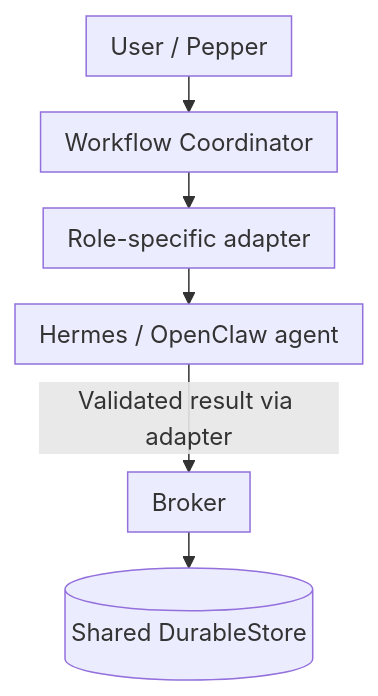
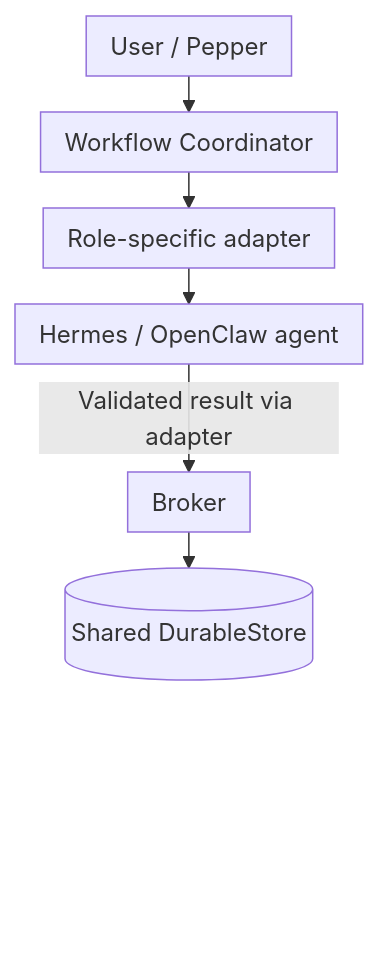
One commit to kartikhth-byte/AI-Workforce-Showcase changed the diagram in README.md. Above: the diagram before and after it, drawn with Mermaid. The commit also changed 2 other files, not shown here.

Commit message:
Keep GitHub diagram controls clear of content

````diff
--- a/README.md
+++ b/README.md
@@ -24,15 +24,18 @@
 ```mermaid
 ---
 config:
   flowchart:
     nodeSpacing: 12
     rankSpacing: 24
     padding: 8
 ---
 flowchart TD
     U[User / Pepper] --> C[Workflow Coordinator]
     C --> A[Role-specific adapter]
     A --> H[Hermes / OpenClaw agent]
     H -->|Validated result via adapter| B[Broker]
     B --> D[(Shared DurableStore)]
+    %% Blank footer keeps GitHub pan/zoom controls clear of content.
+    D ~~~ footer["<br/><br/><br/><br/><br/><br/>"]
+    style footer fill:transparent,stroke:transparent,color:transparent
 ```
````
